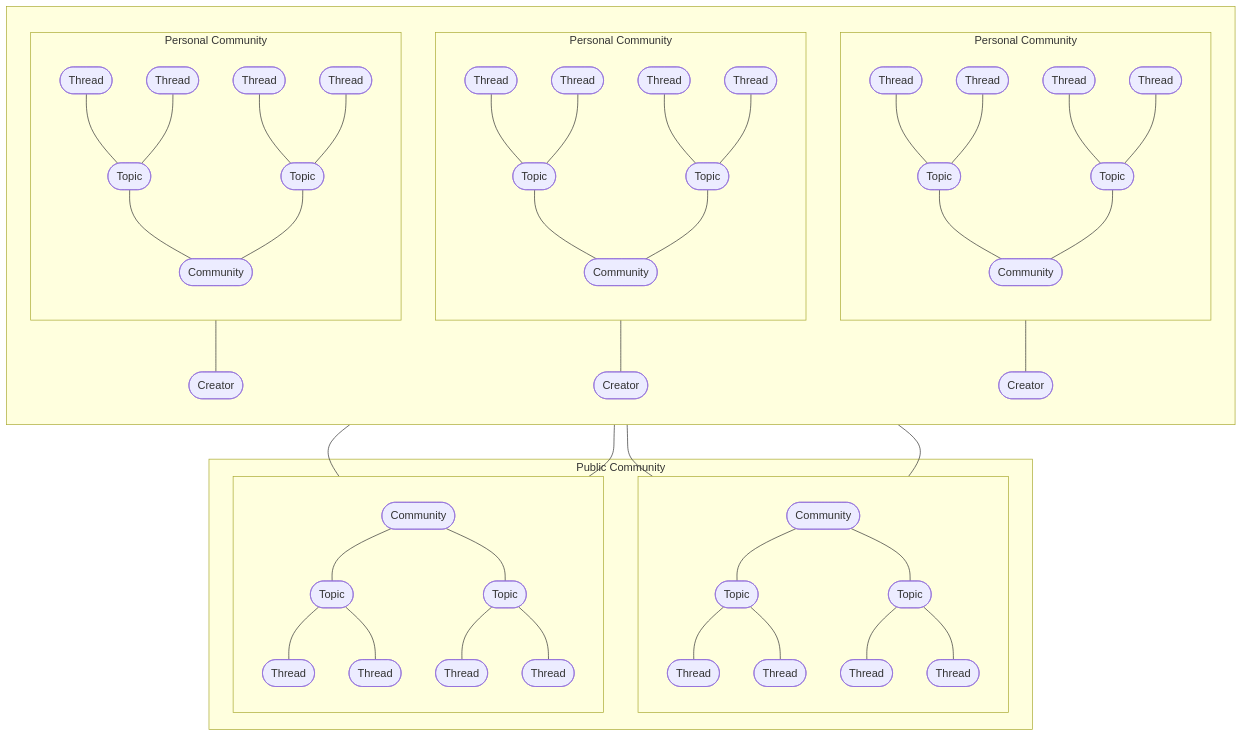
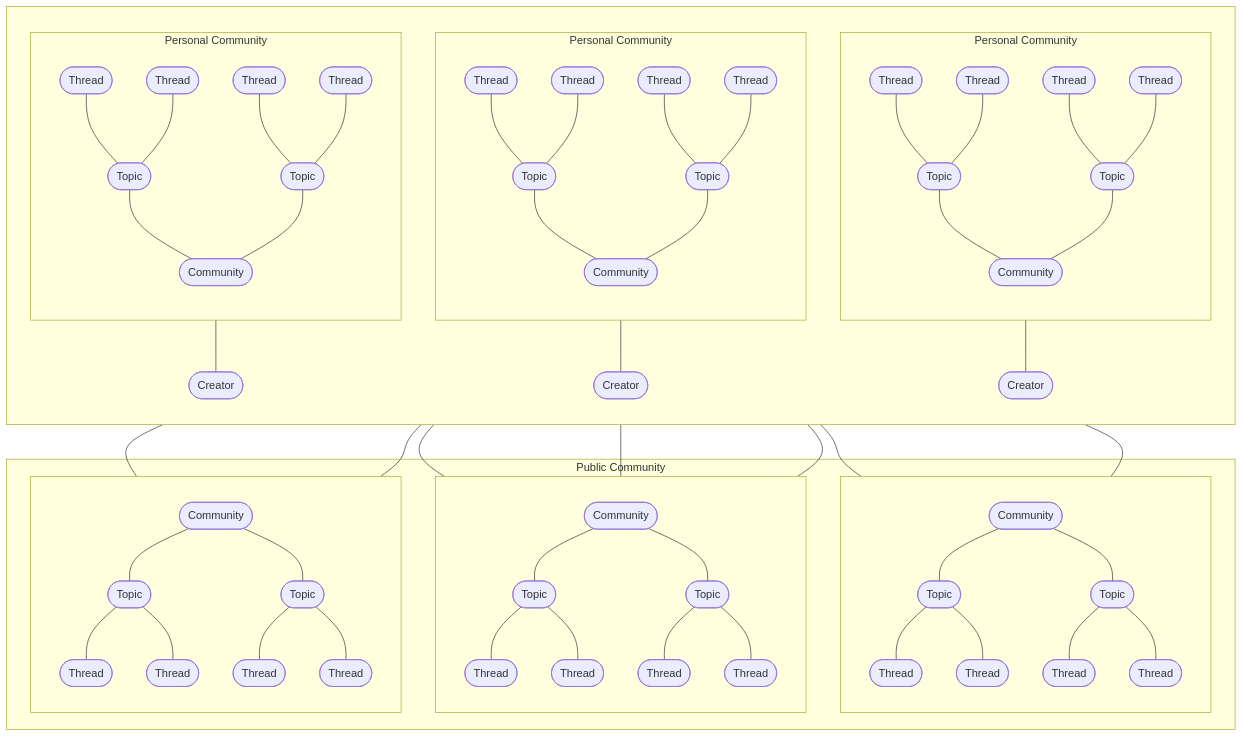
Before and after one commit to creatorsplayground/.github: the diagram in profile/README.md, drawn with Mermaid.

````diff
--- a/profile/README.md
+++ b/profile/README.md
@@ -66,41 +66,61 @@
   subgraph public-community[Public Community]
     subgraph pc-1[ ]
           direction TB
-          cm1([Community])
-          cm1-tp1([Topic])
-          cm1-tp2([Topic])
-          cm1-th1([Thread])
-          cm1-th2([Thread])
-          cm1-th3([Thread])
-          cm1-th4([Thread])
-          cm1---cm1-tp1
-          cm1---cm1-tp2
-          cm1-tp1---cm1-th1
-          cm1-tp1---cm1-th2
-          cm1-tp2---cm1-th3
-          cm1-tp2---cm1-th4
+          cm01([Community])
+          cm01-tp01([Topic])
+          cm01-tp02([Topic])
+          cm01-th01([Thread])
+          cm01-th02([Thread])
+          cm01-th03([Thread])
+          cm01-th04([Thread])
+          cm01---cm01-tp01
+          cm01---cm01-tp02
+          cm01-tp01---cm01-th01
+          cm01-tp01---cm01-th02
+          cm01-tp02---cm01-th03
+          cm01-tp02---cm01-th04
       end
 
     subgraph pc-2[ ]
           direction TB
-          cm2([Community])
-          tp3([Topic])
-          tp4([Topic])
-          th5([Thread])
-          th6([Thread])
-          th7([Thread])
-          th8([Thread])
-          cm2---tp3
-          cm2---tp4
-          tp3---th5
-          tp3---th6
-          tp4---th7
-          tp4---th8
+          cm02([Community])
+          cm02-tp01([Topic])
+          cm02-tp02([Topic])
+          cm02-th01([Thread])
+          cm02-th02([Thread])
+          cm02-th03([Thread])
+          cm02-th04([Thread])
+          cm02---cm02-tp01
+          cm02---cm02-tp02
+          cm02-tp01---cm02-th01
+          cm02-tp01---cm02-th02
+          cm02-tp02---cm02-th03
+          cm02-tp02---cm02-th04
+    end
+
+    subgraph pc-3[ ]
+          direction TB
+          cm03([Community])
+          cm03-tp01([Topic])
+          cm03-tp02([Topic])
+          cm03-th01([Thread])
+          cm03-th02([Thread])
+          cm03-th03([Thread])
+          cm03-th04([Thread])
+          cm03---cm03-tp01
+          cm03---cm03-tp02
+          cm03-tp01---cm03-th01
+          cm03-tp01---cm03-th02
+          cm03-tp02---cm03-th03
+          cm03-tp02---cm03-th04
     end
 
   end
   creator1---pc-1
+  creator1---pc-2
   creator2---pc-1
   creator2---pc-2
+  creator2---pc-3
   creator3---pc-2
+  creator3---pc-3
 ```
````
